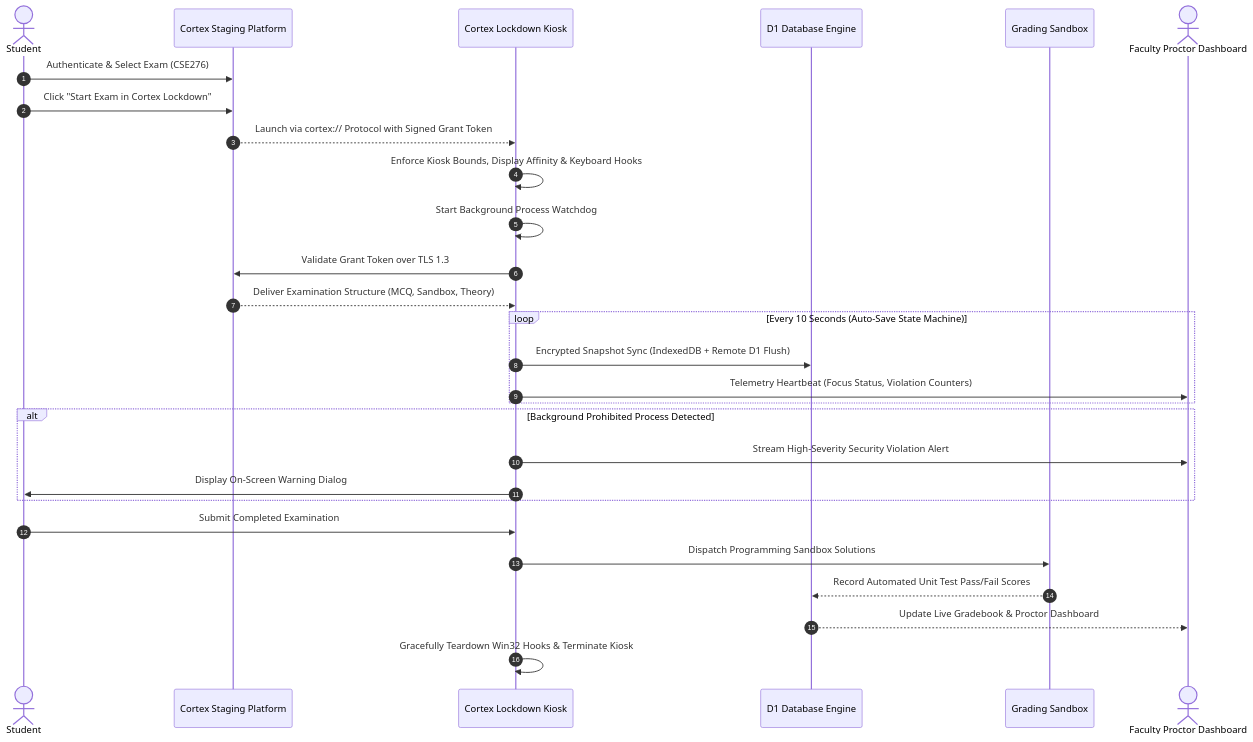
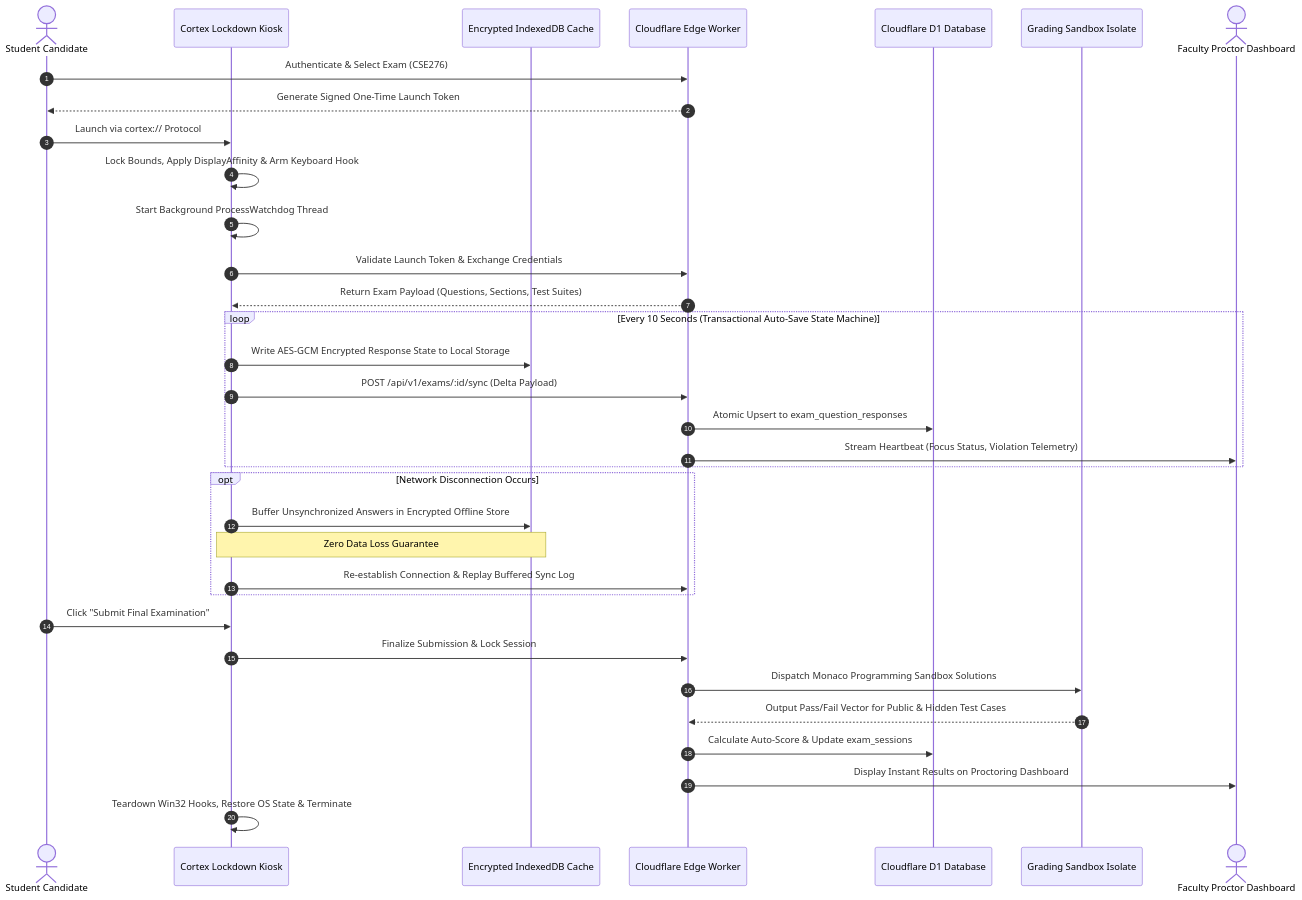
The third of 3 diagrams in README.md (shivampatilck-1010/cortex-code-platform), drawn with Mermaid before and after one commit. The commit also changed other lines of this file, not shown here.

Commit message:
docs: Redesign README with authentic brand emblem, deep technical architecture, and anti-cheat threat matrix

````diff
--- a/README.md
+++ b/README.md
@@ -168,34 +136,40 @@
 ```mermaid
 sequenceDiagram
     autonumber
-    actor Student
-    participant Portal as Cortex Staging Platform
+    actor Student as Student Candidate
     participant Kiosk as Cortex Lockdown Kiosk
-    participant Storage as D1 Database Engine
-    participant Isolates as Grading Sandbox
+    participant Cache as Encrypted IndexedDB Cache
+    participant Gateway as Cloudflare Edge Worker
+    participant DB as Cloudflare D1 Database
+    participant Runner as Grading Sandbox Isolate
     actor Proctor as Faculty Proctor Dashboard
 
-    Student->>Portal: Authenticate & Select Exam (CSE276)
-    Student->>Portal: Click "Start Exam in Cortex Lockdown"
-    Portal-->>Kiosk: Launch via cortex:// Protocol with Signed Grant Token
-    Kiosk->>Kiosk: Enforce Kiosk Bounds, Display Affinity & Keyboard Hooks
-    Kiosk->>Kiosk: Start Background Process Watchdog
-    Kiosk->>Portal: Validate Grant Token over TLS 1.3
-    Portal-->>Kiosk: Deliver Examination Structure (MCQ, Sandbox, Theory)
-    
-    loop Every 10 Seconds (Auto-Save State Machine)
-        Kiosk->>Storage: Encrypted Snapshot Sync (IndexedDB + Remote D1 Flush)
-        Kiosk->>Proctor: Telemetry Heartbeat (Focus Status, Violation Counters)
+    Student->>Gateway: Authenticate & Select Exam (CSE276)
+    Gateway-->>Student: Generate Signed One-Time Launch Token
+    Student->>Kiosk: Launch via cortex:// Protocol
+    Kiosk->>Kiosk: Lock Bounds, Apply DisplayAffinity & Arm Keyboard Hook
+    Kiosk->>Kiosk: Start Background ProcessWatchdog Thread
+    Kiosk->>Gateway: Validate Launch Token & Exchange Credentials
+    Gateway-->>Kiosk: Return Exam Payload (Questions, Sections, Test Suites)
+
+    loop Every 10 Seconds (Transactional Auto-Save State Machine)
+        Kiosk->>Cache: Write AES-GCM Encrypted Response State to Local Storage
+        Kiosk->>Gateway: POST /api/v1/exams/:id/sync (Delta Payload)
+        Gateway->>DB: Atomic Upsert to exam_question_responses
+        Gateway->>Proctor: Stream Heartbeat (Focus Status, Violation Telemetry)
     end
 
-    alt Background Prohibited Process Detected
-        Kiosk->>Proctor: Stream High-Severity Security Violation Alert
-        Kiosk->>Student: Display On-Screen Warning Dialog
+    opt Network Disconnection Occurs
+        Kiosk->>Cache: Buffer Unsynchronized Answers in Encrypted Offline Store
+        Note over Kiosk,Cache: Zero Data Loss Guarantee
+        Kiosk->>Gateway: Re-establish Connection & Replay Buffered Sync Log
     end
 
-    Student->>Kiosk: Submit Completed Examination
-    Kiosk->>Isolates: Dispatch Programming Sandbox Solutions
-    Isolates-->>Storage: Record Automated Unit Test Pass/Fail Scores
-    Storage-->>Proctor: Update Live Gradebook & Proctor Dashboard
-    Kiosk->>Kiosk: Gracefully Teardown Win32 Hooks & Terminate Kiosk
+    Student->>Kiosk: Click "Submit Final Examination"
+    Kiosk->>Gateway: Finalize Submission & Lock Session
+    Gateway->>Runner: Dispatch Monaco Programming Sandbox Solutions
+    Runner-->>Gateway: Output Pass/Fail Vector for Public & Hidden Test Cases
+    Gateway->>DB: Calculate Auto-Score & Update exam_sessions
+    Gateway->>Proctor: Display Instant Results on Proctoring Dashboard
+    Kiosk->>Kiosk: Teardown Win32 Hooks, Restore OS State & Terminate
 ```
````
